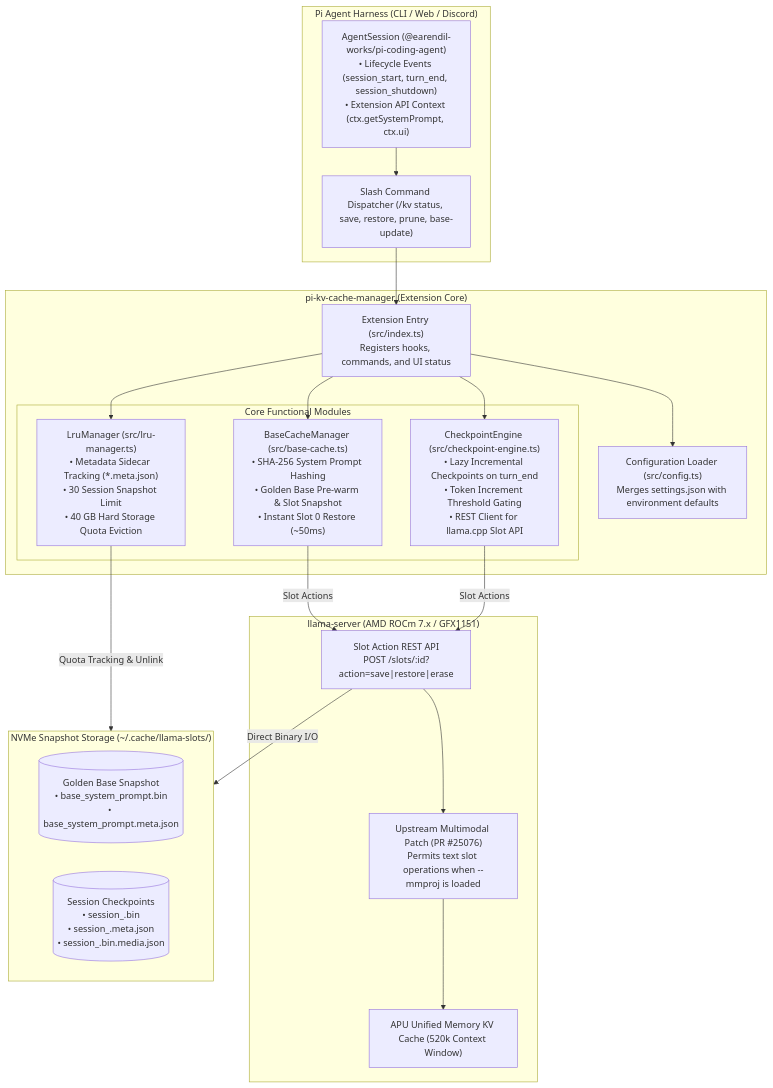
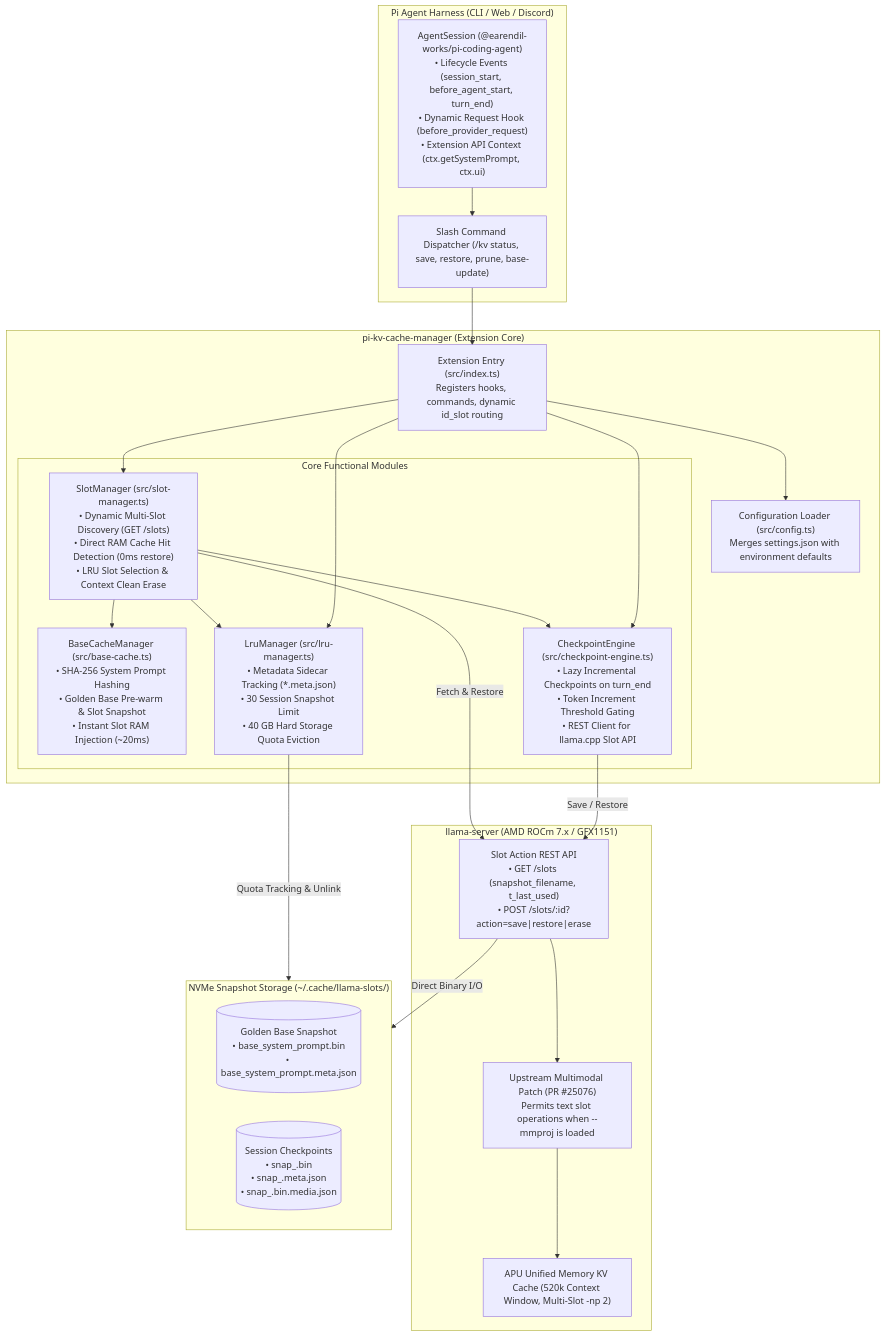
The first of 5 diagrams in README.md (AyaSakura-comp/pi-kv-cache-manager), drawn with Mermaid before and after one commit. The commit also changed other lines of this file and 1 other file, not shown here.

Commit message:
docs: update architecture, workflows, and 10-session benchmark metrics

````diff
--- a/README.md
+++ b/README.md
@@ -33,47 +60,52 @@
 ```mermaid
 graph TB
     subgraph HostClient ["Pi Agent Harness (CLI / Web / Discord)"]
-        PiSession["AgentSession (@earendil-works/pi-coding-agent)<br/>• Lifecycle Events (session_start, turn_end, session_shutdown)<br/>• Extension API Context (ctx.getSystemPrompt, ctx.ui)"]
+        PiSession["AgentSession (@earendil-works/pi-coding-agent)<br/>• Lifecycle Events (session_start, before_agent_start, turn_end)<br/>• Dynamic Request Hook (before_provider_request)<br/>• Extension API Context (ctx.getSystemPrompt, ctx.ui)"]
         SlashCmd["Slash Command Dispatcher (/kv status, save, restore, prune, base-update)"]
         PiSession --> SlashCmd
     end
 
     subgraph ExtensionCore ["pi-kv-cache-manager (Extension Core)"]
-        ExtEntry["Extension Entry (src/index.ts)<br/>Registers hooks, commands, and UI status"]
+        ExtEntry["Extension Entry (src/index.ts)<br/>Registers hooks, commands, dynamic id_slot routing"]
         ConfigMgr["Configuration Loader (src/config.ts)<br/>Merges settings.json with environment defaults"]
         
         ExtEntry --> ConfigMgr
 
         subgraph Modules ["Core Functional Modules"]
-            BaseCache["BaseCacheManager (src/base-cache.ts)<br/>• SHA-256 System Prompt Hashing<br/>• Golden Base Pre-warm & Slot Snapshot<br/>• Instant Slot 0 Restore (~50ms)"]
+            SlotMgr["SlotManager (src/slot-manager.ts)<br/>• Dynamic Multi-Slot Discovery (GET /slots)<br/>• Direct RAM Cache Hit Detection (0ms restore)<br/>• LRU Slot Selection & Context Clean Erase"]
+
+            BaseCache["BaseCacheManager (src/base-cache.ts)<br/>• SHA-256 System Prompt Hashing<br/>• Golden Base Pre-warm & Slot Snapshot<br/>• Instant Slot RAM Injection (~20ms)"]
             
             Checkpointer["CheckpointEngine (src/checkpoint-engine.ts)<br/>• Lazy Incremental Checkpoints on turn_end<br/>• Token Increment Threshold Gating<br/>• REST Client for llama.cpp Slot API"]
             
             LruEngine["LruManager (src/lru-manager.ts)<br/>• Metadata Sidecar Tracking (*.meta.json)<br/>• 30 Session Snapshot Limit<br/>• 40 GB Hard Storage Quota Eviction"]
         end
 
-        ExtEntry --> BaseCache
+        ExtEntry --> SlotMgr
+        SlotMgr --> BaseCache
+        SlotMgr --> Checkpointer
+        SlotMgr --> LruEngine
         ExtEntry --> Checkpointer
         ExtEntry --> LruEngine
     end
 
     subgraph LlamaServer ["llama-server (AMD ROCm 7.x / GFX1151)"]
-        SlotEndpoint["Slot Action REST API<br/>POST /slots/:id?action=save|restore|erase"]
+        SlotEndpoint["Slot Action REST API<br/>• GET /slots (snapshot_filename, t_last_used)<br/>• POST /slots/:id?action=save|restore|erase"]
         MultimodalPatch["Upstream Multimodal Patch (PR #25076)<br/>Permits text slot operations when --mmproj is loaded"]
-        GpuKvCache["APU Unified Memory KV Cache (520k Context Window)"]
+        GpuKvCache["APU Unified Memory KV Cache (520k Context Window, Multi-Slot -np 2)"]
 
         SlotEndpoint --> MultimodalPatch
         MultimodalPatch --> GpuKvCache
     end
 
     subgraph StorageLayer ["NVMe Snapshot Storage (~/.cache/llama-slots/)"]
         BaseFiles[("Golden Base Snapshot<br/>• base_system_prompt.bin<br/>• base_system_prompt.meta.json")]
-        SessionFiles[("Session Checkpoints<br/>• session_<id>.bin<br/>• session_<id>.meta.json<br/>• session_<id>.bin.media.json")]
+        SessionFiles[("Session Checkpoints<br/>• snap_<id>.bin<br/>• snap_<id>.meta.json<br/>• snap_<id>.bin.media.json")]
     end
 
     SlashCmd --> ExtEntry
-    BaseCache -->|Slot Actions| SlotEndpoint
-    Checkpointer -->|Slot Actions| SlotEndpoint
+    SlotMgr -->|Fetch & Restore| SlotEndpoint
+    Checkpointer -->|Save / Restore| SlotEndpoint
     LruEngine -->|Quota Tracking & Unlink| StorageLayer
     SlotEndpoint -->|Direct Binary I/O| StorageLayer
 ```
````
